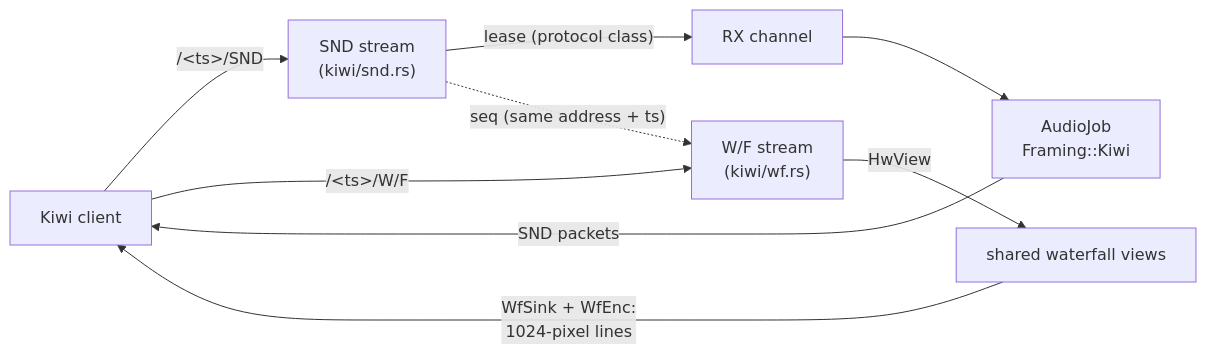
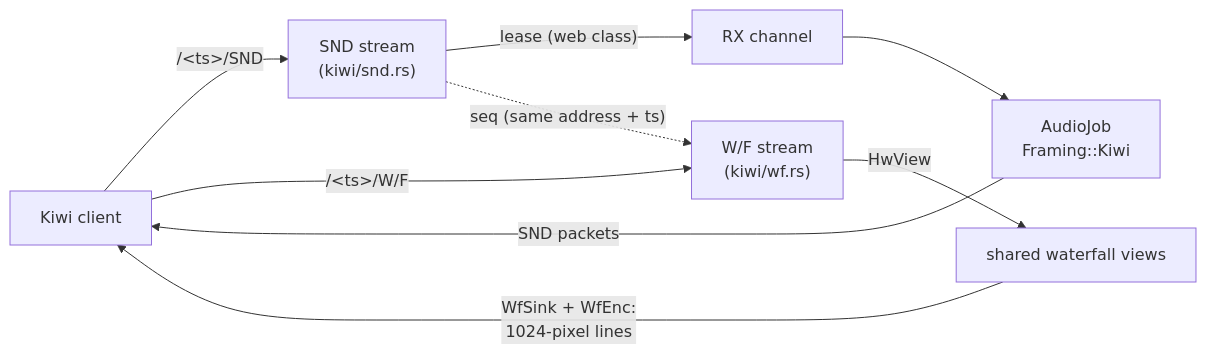
One commit to jeskko/web888-ng changed the diagram in doc/m5-kiwi.md. Above: the diagram before and after it, drawn with Mermaid. The commit also changed other lines of this file and 3 other files, not shown here.

````diff
--- a/doc/m5-kiwi.md
+++ b/doc/m5-kiwi.md
@@ -16,11 +16,11 @@
 ```mermaid
 flowchart LR
     c["Kiwi client"] -- "/&lt;ts&gt;/SND" --> snd["SND stream<br/>(kiwi/snd.rs)"]
     c -- "/&lt;ts&gt;/W/F" --> wf["W/F stream<br/>(kiwi/wf.rs)"]
-    snd -- "lease (protocol class)" --> ch["RX channel"]
+    snd -- "lease (web class)" --> ch["RX channel"]
     ch --> job["AudioJob<br/>Framing::Kiwi"]
     job -- "SND packets" --> c
     wf -- "HwView" --> views["shared waterfall views"]
     views -- "WfSink + WfEnc:<br/>1024-pixel lines" --> c
     snd -. "seq (same address + ts)" .-> wf
 ```
````
